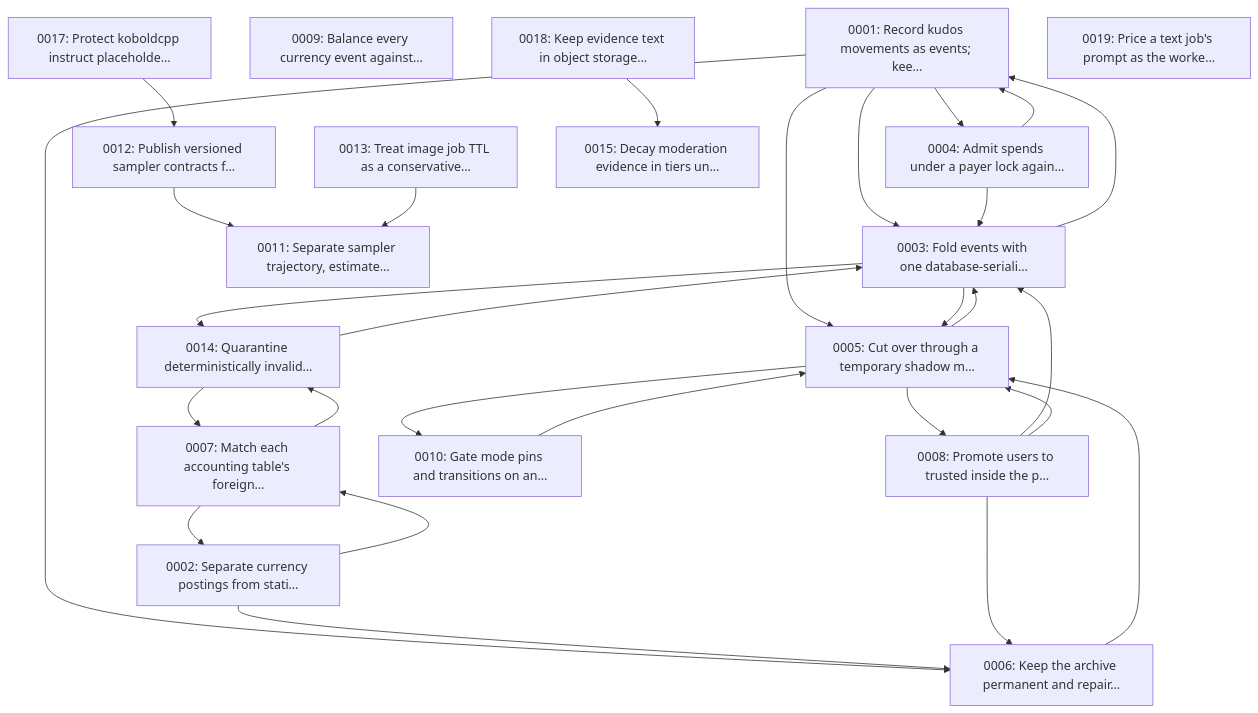
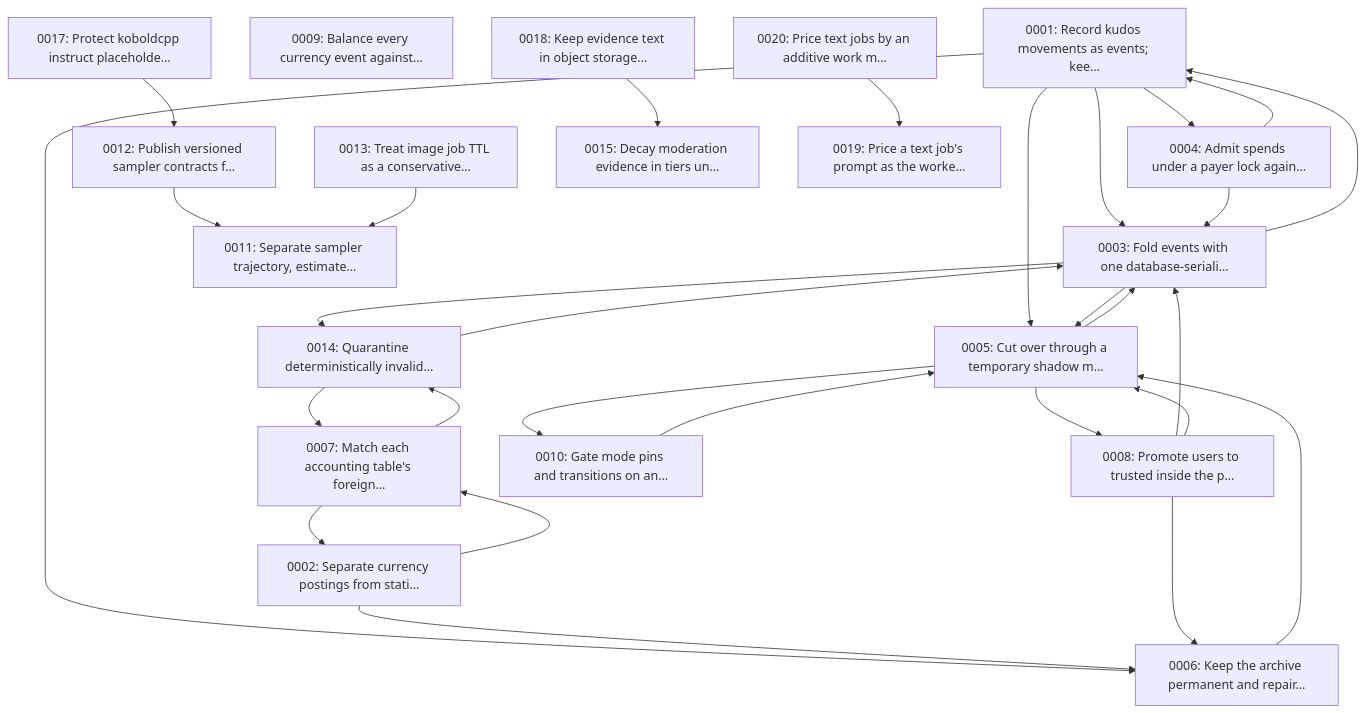
The diagram in docs/decisions/index.md (tazlin/AI-Horde), drawn with Mermaid before and after one commit. The commit also changed other lines of this file and 15 other files, not shown here.

````diff
--- a/docs/decisions/index.md
+++ b/docs/decisions/index.md
@@ -38,48 +39,50 @@
 ```mermaid
 flowchart TD
     r0001["0001: Record kudos movements as events; kee…"]
     r0002["0002: Separate currency postings from stati…"]
     r0003["0003: Fold events with one database-seriali…"]
     r0004["0004: Admit spends under a payer lock again…"]
     r0005["0005: Cut over through a temporary shadow m…"]
     r0006["0006: Keep the archive permanent and repair…"]
     r0007["0007: Match each accounting table's foreign…"]
     r0008["0008: Promote users to trusted inside the p…"]
     r0009["0009: Balance every currency event against…"]
     r0010["0010: Gate mode pins and transitions on an…"]
     r0011["0011: Separate sampler trajectory, estimate…"]
     r0012["0012: Publish versioned sampler contracts f…"]
     r0013["0013: Treat image job TTL as a conservative…"]
     r0014["0014: Quarantine deterministically invalid…"]
     r0015["0015: Decay moderation evidence in tiers un…"]
     r0017["0017: Protect koboldcpp instruct placeholde…"]
     r0018["0018: Keep evidence text in object storage…"]
     r0019["0019: Price a text job's prompt as the worke…"]
+    r0020["0020: Price text jobs by an additive work m…"]
     r0001 --> r0003
     r0001 --> r0004
     r0001 --> r0005
     r0001 --> r0006
     r0002 --> r0006
     r0002 --> r0007
     r0003 --> r0001
     r0003 --> r0005
     r0003 --> r0014
     r0004 --> r0001
     r0004 --> r0003
     r0005 --> r0003
     r0005 --> r0008
     r0005 --> r0010
     r0006 --> r0005
     r0007 --> r0002
     r0007 --> r0014
     r0008 --> r0003
     r0008 --> r0005
     r0008 --> r0006
     r0010 --> r0005
     r0012 --> r0011
     r0013 --> r0011
     r0014 --> r0003
     r0014 --> r0007
     r0017 --> r0012
     r0018 --> r0015
+    r0020 --> r0019
 ```
````
